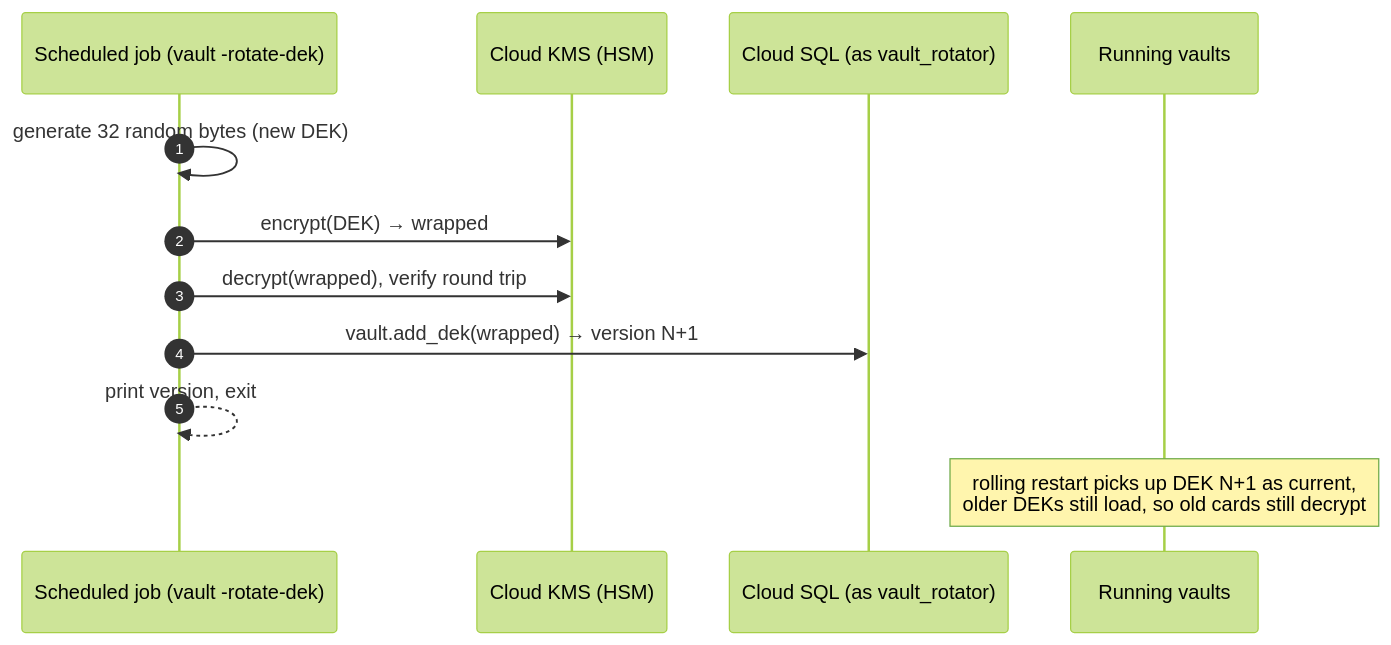
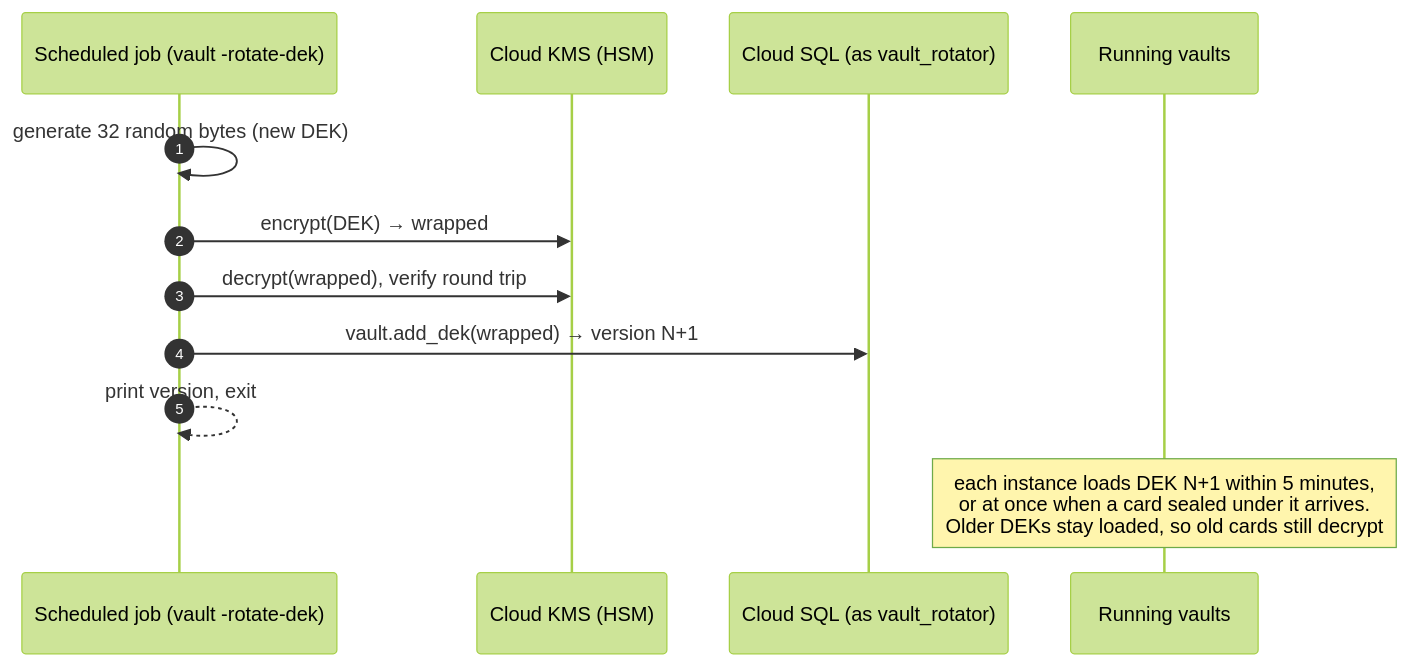
One commit to camcima/tokenizer changed diagram 11 of 11 in README.md. Above: the diagram before and after it, drawn with Mermaid (forest theme). The commit also changed other lines of this file and 12 other files, not shown here.

````diff
--- a/README.md
+++ b/README.md
@@ -636,15 +640,15 @@
 ```mermaid
 sequenceDiagram
     autonumber
     participant J as Scheduled job (vault -rotate-dek)
     participant KMS as Cloud KMS (HSM)
     participant DB as Cloud SQL (as vault_rotator)
     participant V as Running vaults
 
     J->>J: generate 32 random bytes (new DEK)
     J->>KMS: encrypt(DEK) → wrapped
     J->>KMS: decrypt(wrapped), verify round trip
     J->>DB: vault.add_dek(wrapped) → version N+1
     J-->>J: print version, exit
-    Note over V: rolling restart picks up DEK N+1 as current,<br/>older DEKs still load, so old cards still decrypt
+    Note over V: each instance loads DEK N+1 within 5 minutes,<br/>or at once when a card sealed under it arrives.<br/>Older DEKs stay loaded, so old cards still decrypt
 ```
````
